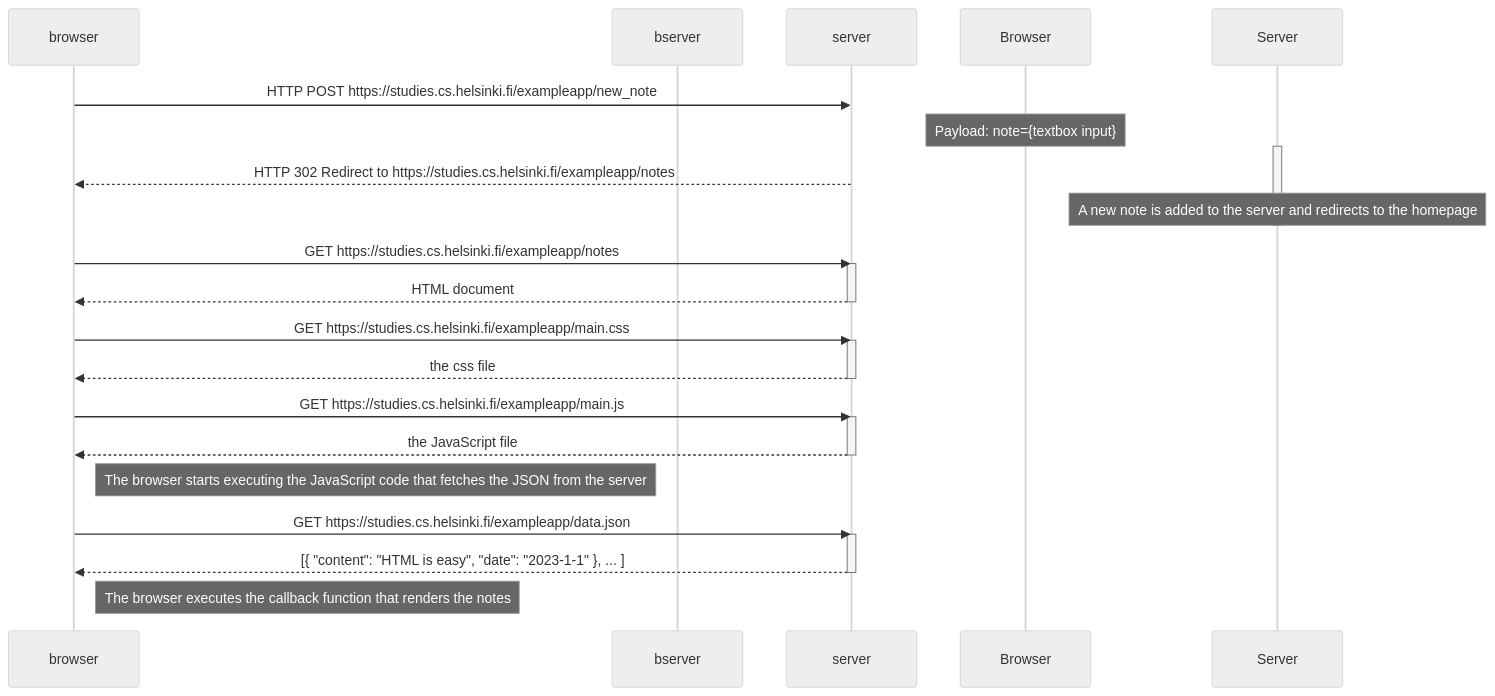
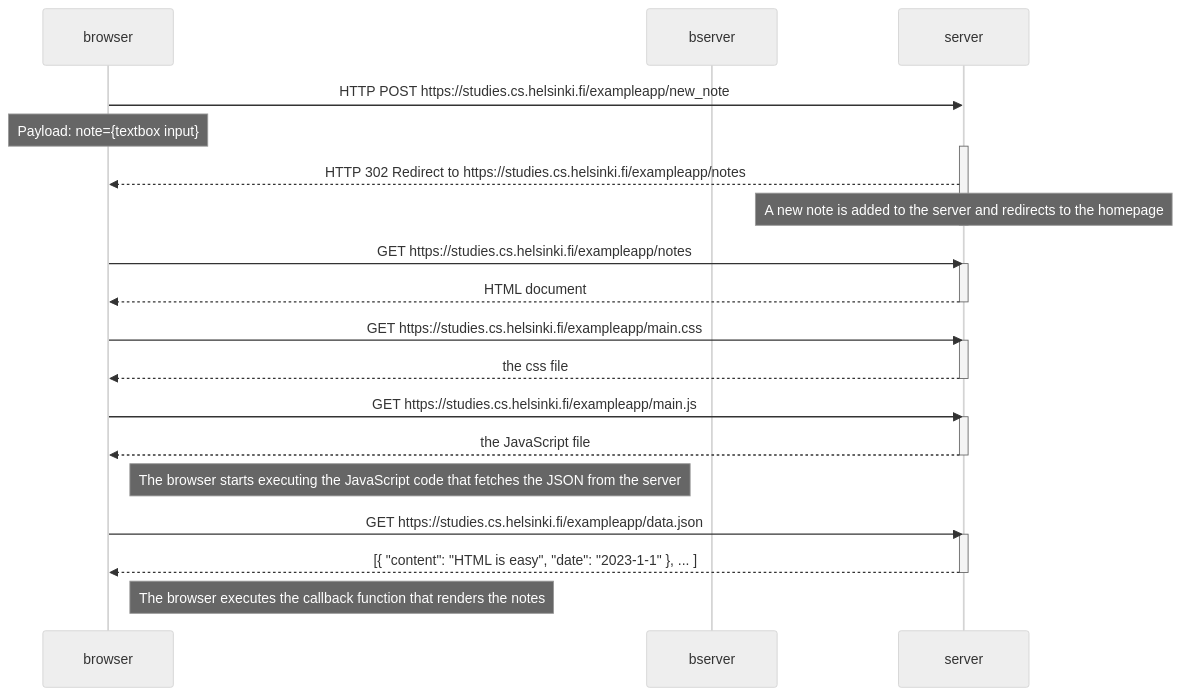
One commit to mdsahilak/FullStackOpen-Course changed the diagram in excercises/part0/ex0.4.md. Above: the diagram before and after it, drawn with Mermaid (neutral theme).

Commit message:
typo fixes

````diff
--- a/excercises/part0/ex0.4.md
+++ b/excercises/part0/ex0.4.md
@@ -1,36 +1,36 @@
 ```mermaid
 sequenceDiagram
     participant browser
     participant bserver
 
     browser->>server: HTTP POST https://studies.cs.helsinki.fi/exampleapp/new_note
-    Note over Browser: Payload: note={textbox input}
-    activate Server
+    Note over browser: Payload: note={textbox input}
+    activate server
     server-->>browser: HTTP 302 Redirect to https://studies.cs.helsinki.fi/exampleapp/notes
-    Note over Server: A new note is added to the server and redirects to the homepage
-    deactivate Server
+    Note over server: A new note is added to the server and redirects to the homepage
+    deactivate server
 
     browser->>server: GET https://studies.cs.helsinki.fi/exampleapp/notes
     activate server
     server-->>browser: HTML document
     deactivate server
 
     browser->>server: GET https://studies.cs.helsinki.fi/exampleapp/main.css
     activate server
     server-->>browser: the css file
     deactivate server
 
     browser->>server: GET https://studies.cs.helsinki.fi/exampleapp/main.js
     activate server
     server-->>browser: the JavaScript file
     deactivate server
 
     Note right of browser: The browser starts executing the JavaScript code that fetches the JSON from the server
 
     browser->>server: GET https://studies.cs.helsinki.fi/exampleapp/data.json
     activate server
     server-->>browser: [{ "content": "HTML is easy", "date": "2023-1-1" }, ... ]
     deactivate server
 
     Note right of browser: The browser executes the callback function that renders the notes
 ```
````
